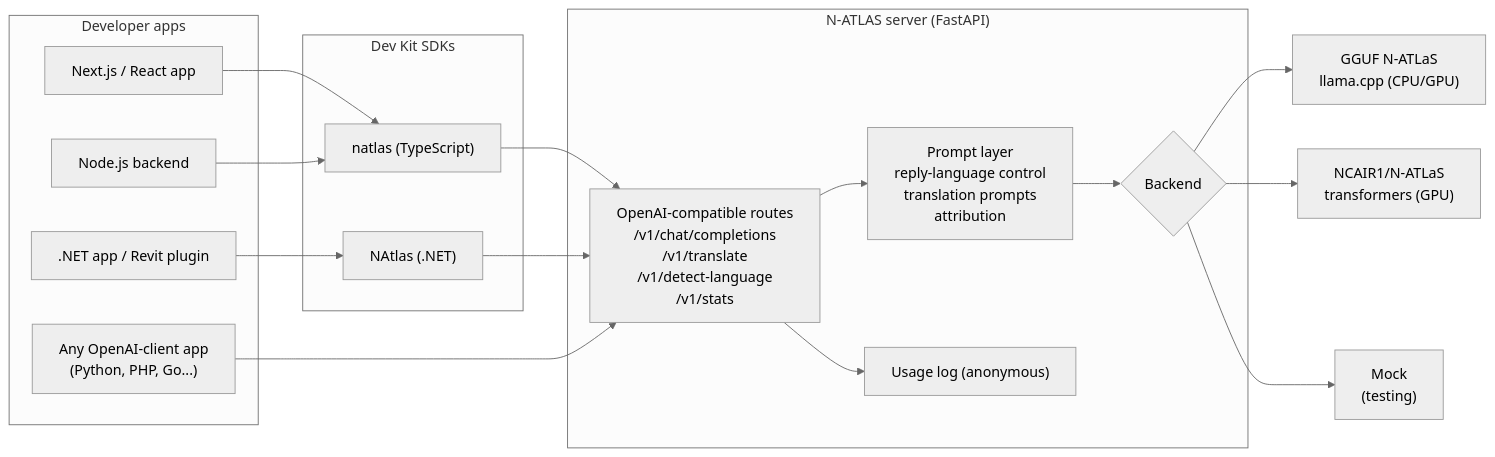
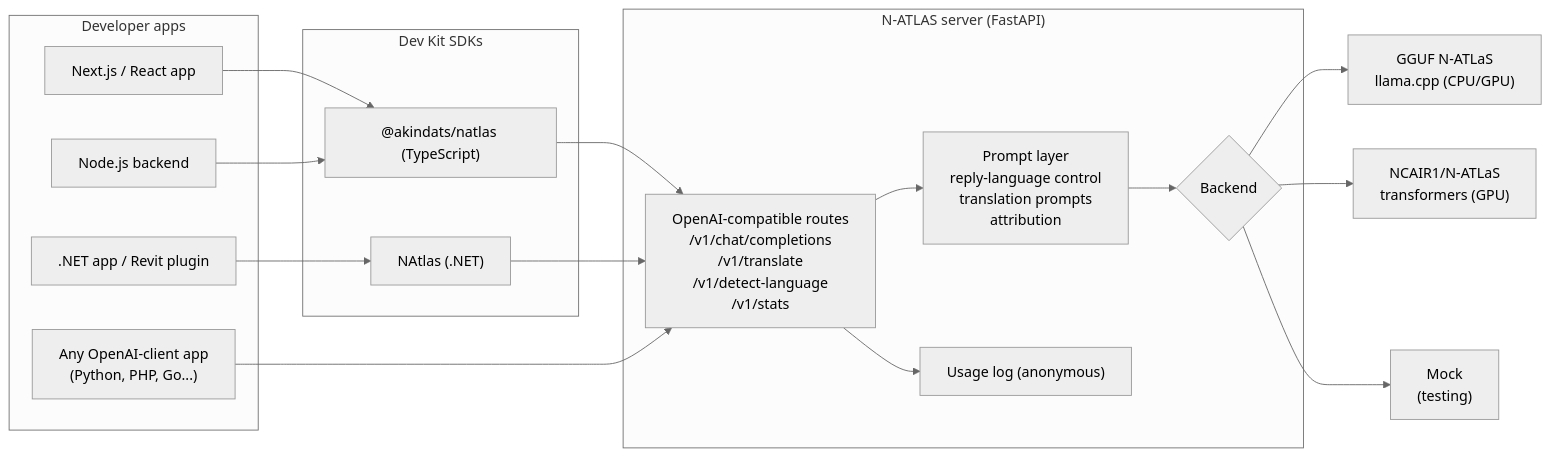
One commit to Akindats1/natlas-devkit changed the diagram in docs/ARCHITECTURE.md. Above: the diagram before and after it, drawn with Mermaid (neutral theme). The commit also changed other lines of this file and 2 other files, not shown here.

First line of the commit message:
Add technical documentation PDF; fix README tables and architecture notes

````diff
--- a/docs/ARCHITECTURE.md
+++ b/docs/ARCHITECTURE.md
@@ -3,37 +3,37 @@
 ```mermaid
 flowchart LR
   subgraph Apps["Developer apps"]
     A1["Next.js / React app"]
     A2["Node.js backend"]
     A3[".NET app / Revit plugin"]
     A4["Any OpenAI-client app<br/>(Python, PHP, Go...)"]
   end
 
   subgraph SDKs["Dev Kit SDKs"]
-    S1["natlas (TypeScript)"]
+    S1["@akindats/natlas (TypeScript)"]
     S2["NAtlas (.NET)"]
   end
 
   subgraph Server["N-ATLAS server (FastAPI)"]
     R["OpenAI-compatible routes<br/>/v1/chat/completions<br/>/v1/translate<br/>/v1/detect-language<br/>/v1/stats"]
     P["Prompt layer<br/>reply-language control<br/>translation prompts<br/>attribution"]
     L["Usage log (anonymous)"]
     B{"Backend"}
   end
 
   M1["GGUF N-ATLaS<br/>llama.cpp (CPU/GPU)"]
   M2["NCAIR1/N-ATLaS<br/>transformers (GPU)"]
   M3["Mock<br/>(testing)"]
 
   A1 --> S1
   A2 --> S1
   A3 --> S2
   S1 --> R
   S2 --> R
   A4 --> R
   R --> P --> B
   R --> L
   B --> M1
   B --> M2
   B --> M3
 ```
````
